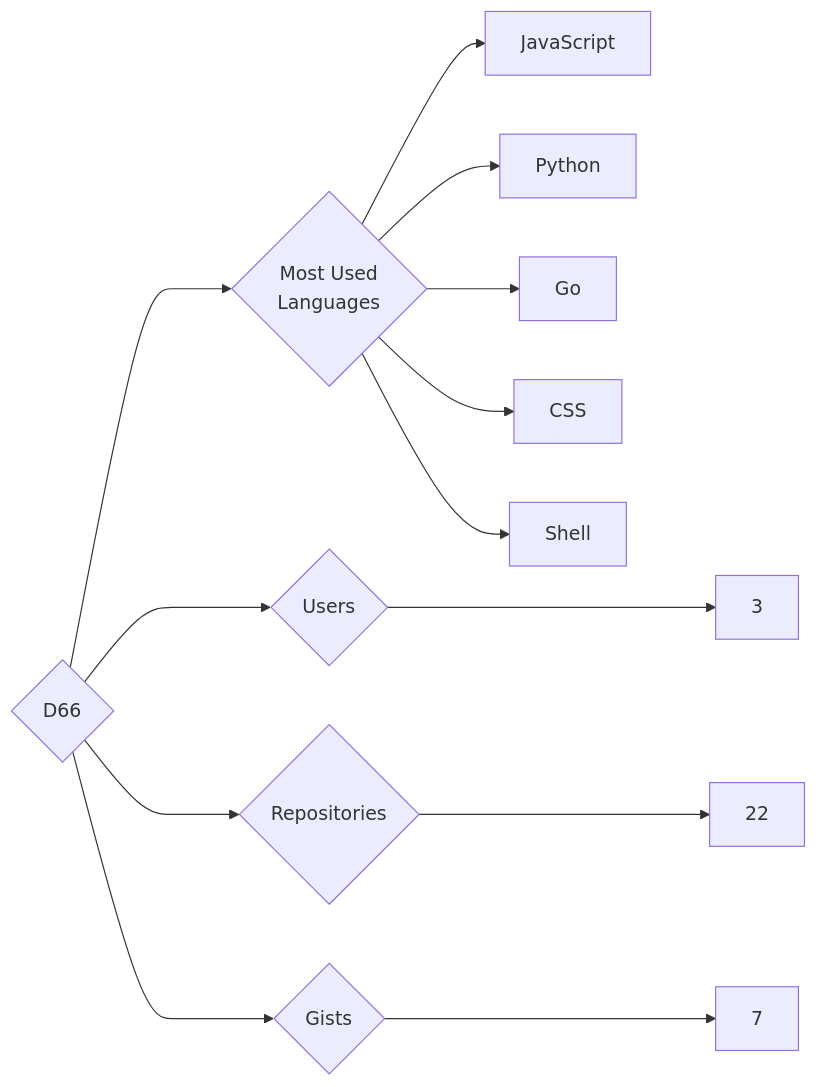
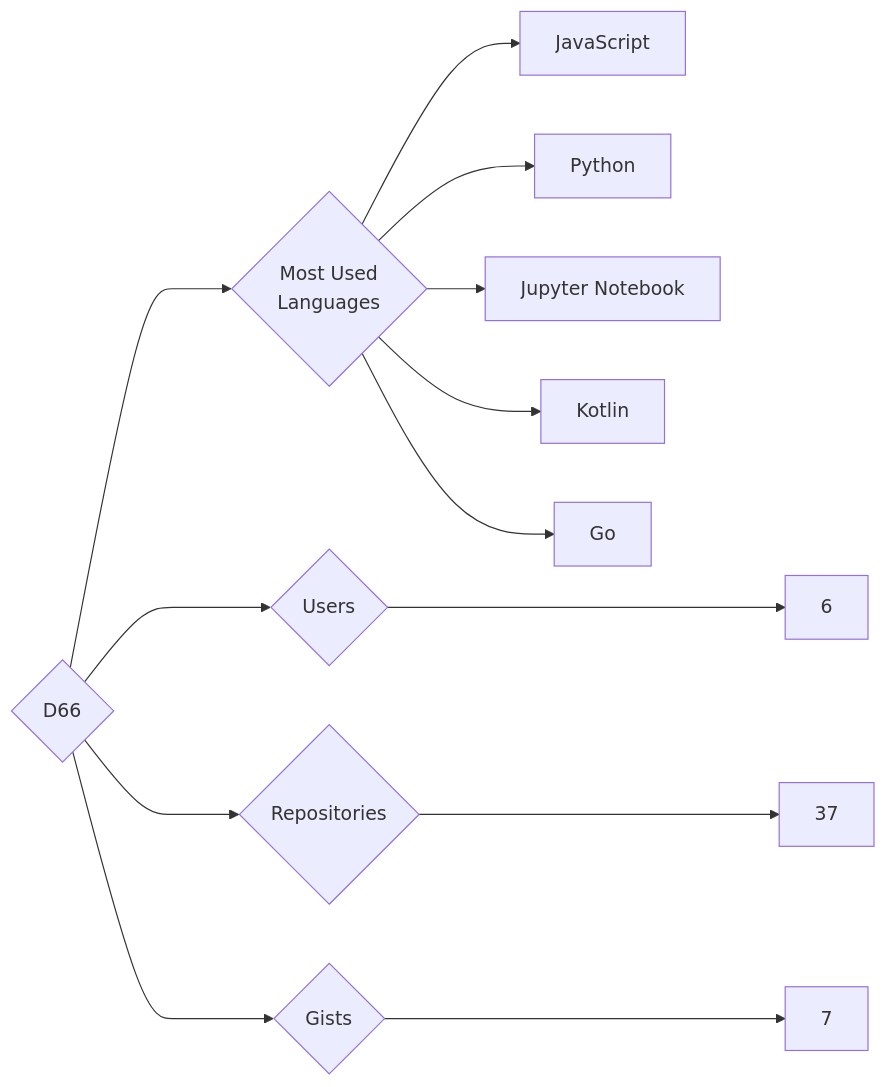
The diagram in targets/D66/README.md (trickest/insiders), drawn with Mermaid before and after one commit. The commit also changed 693 other files, not shown here.

````diff
--- a/targets/D66/README.md
+++ b/targets/D66/README.md
@@ -3,13 +3,13 @@
 ```mermaid
 graph LR
 COMPANY_NAME{D66}
-COMPANY_NAME ---> U{Users} ---> UN[3]
-COMPANY_NAME ---> R{Repositories} ---> RN[22]
+COMPANY_NAME ---> U{Users} ---> UN[6]
+COMPANY_NAME ---> R{Repositories} ---> RN[37]
 COMPANY_NAME ---> G{Gists} ---> GN[7]
 COMPANY_NAME ---> ML{Most Used<br>Languages}
 ML --> JavaScript[JavaScript]
 ML --> Python[Python]
+ML --> Jupyter_Notebook[Jupyter Notebook]
+ML --> Kotlin[Kotlin]
 ML --> Go[Go]
-ML --> CSS[CSS]
-ML --> Shell[Shell]
 ```
````
